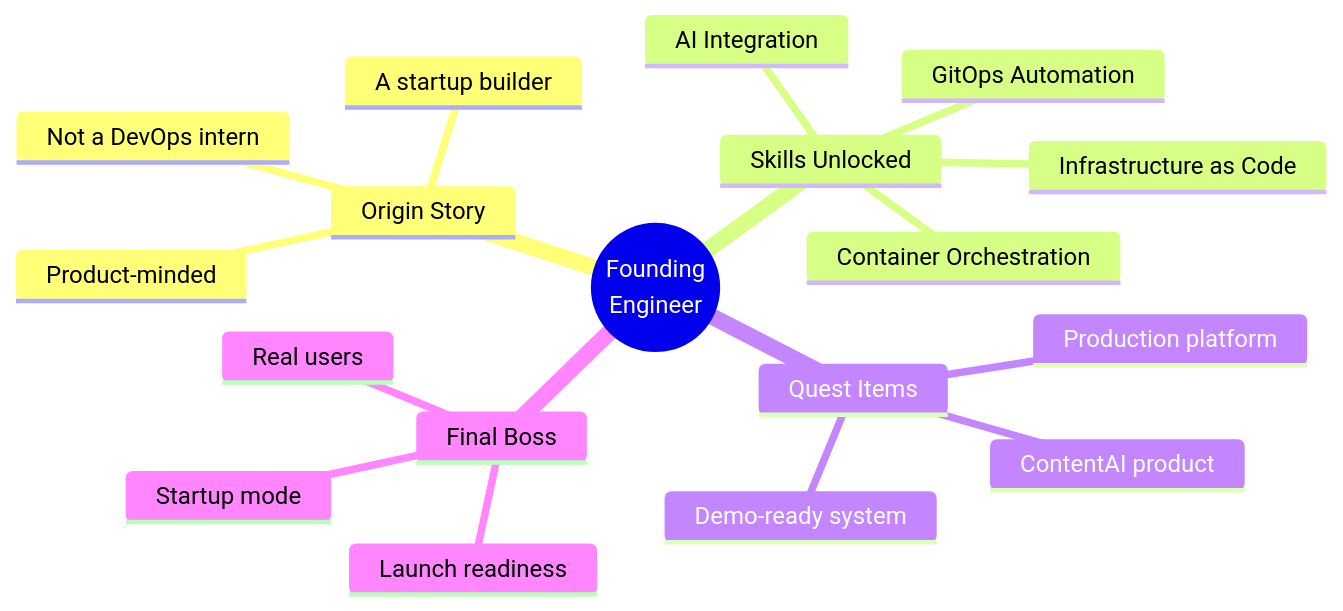
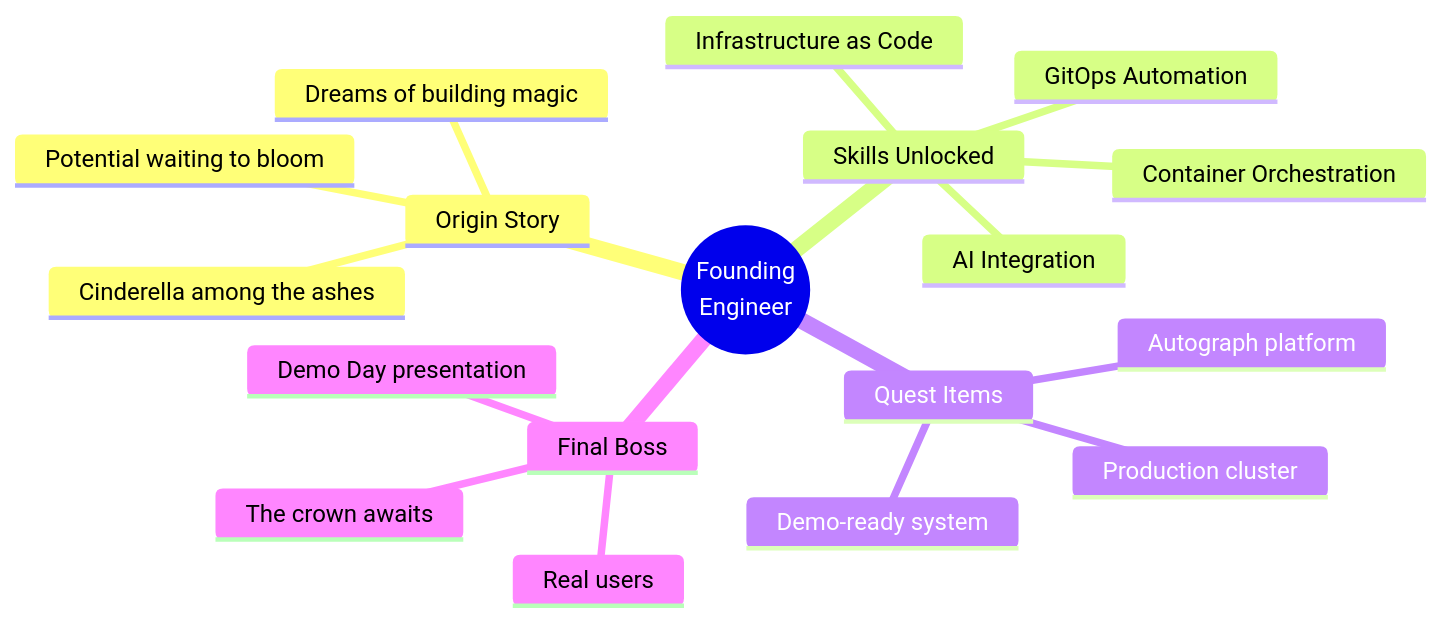
Before and after one commit to PearlThoughtsInternship/Internship-Obsidian-Vault: the fourth of 7 diagrams in DevOps/README.md, drawn with Mermaid. The commit also changed other lines of this file and 1 other file, not shown here.

First line of the commit message:
rebrand: Autograph with Cinderella narrative

````diff
--- a/DevOps/README.md
+++ b/DevOps/README.md
@@ -118,21 +152,21 @@
 ```mermaid
 mindmap
   root((Founding<br/>Engineer))
     Origin Story
-      Not a DevOps intern
-      A startup builder
-      Product-minded
+      Cinderella among the ashes
+      Dreams of building magic
+      Potential waiting to bloom
     Skills Unlocked
       Infrastructure as Code
       Container Orchestration
       AI Integration
       GitOps Automation
     Quest Items
-      ContentAI product
-      Production platform
+      Autograph platform
+      Production cluster
       Demo-ready system
     Final Boss
-      Launch readiness
+      Demo Day presentation
       Real users
-      Startup mode
+      The crown awaits
 ```
````
